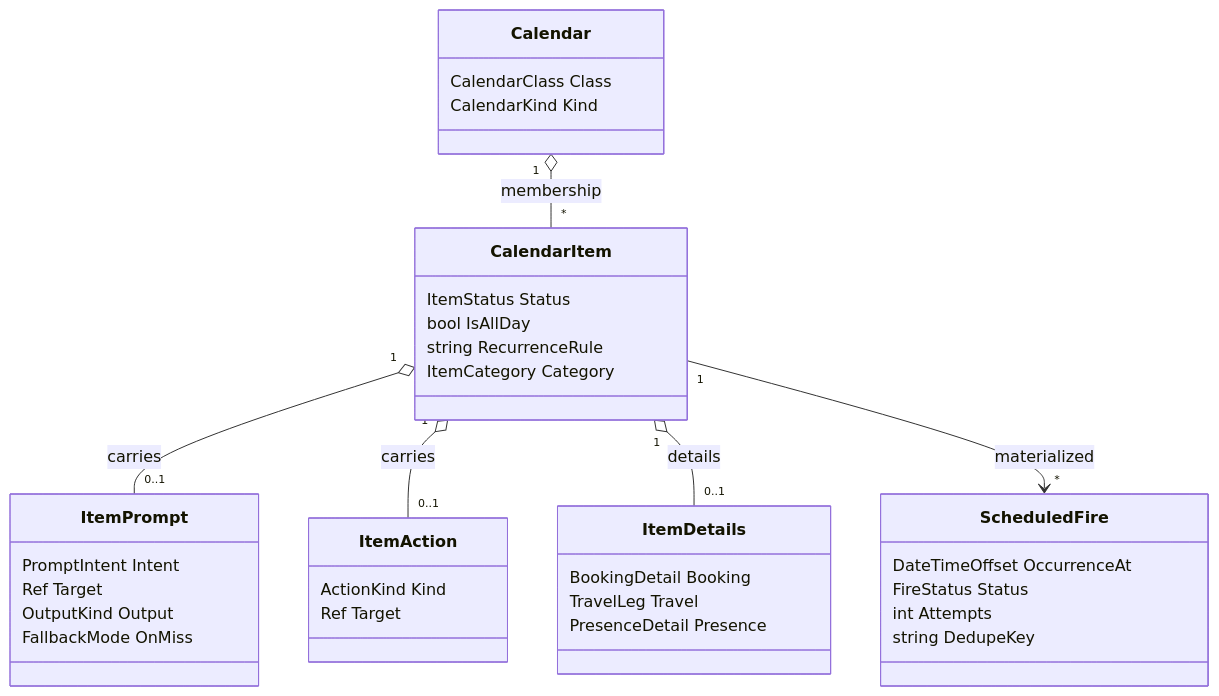
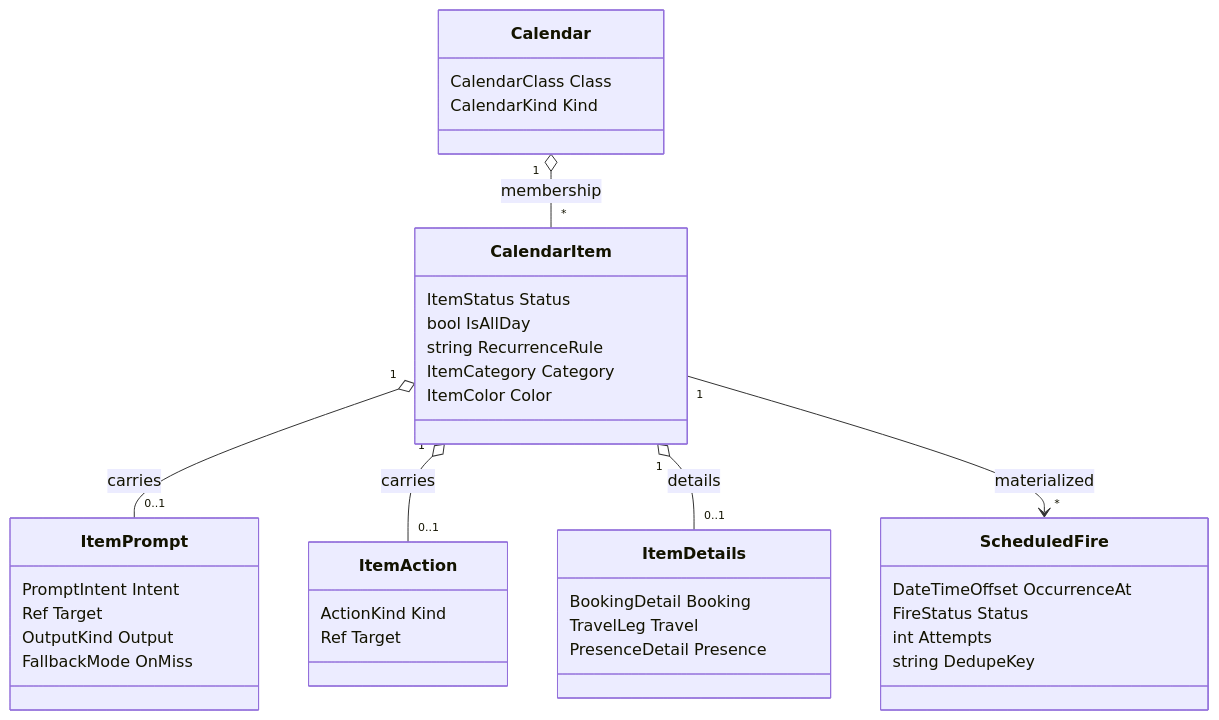
The first of 2 diagrams in docs/temporal-backbone.md (danbro96/LupiraCalApi), drawn with Mermaid before and after one commit. The commit also changed other lines of this file and 20 other files, not shown here.

````diff
--- a/docs/temporal-backbone.md
+++ b/docs/temporal-backbone.md
@@ -32,39 +33,40 @@
 ```mermaid
 classDiagram
   class Calendar {
     CalendarClass Class
     CalendarKind Kind
   }
   class CalendarItem {
     ItemStatus Status
     bool IsAllDay
     string RecurrenceRule
     ItemCategory Category
+    ItemColor Color
   }
   class ItemPrompt {
     PromptIntent Intent
     Ref Target
     OutputKind Output
     FallbackMode OnMiss
   }
   class ItemAction {
     ActionKind Kind
     Ref Target
   }
   class ItemDetails {
     BookingDetail Booking
     TravelLeg Travel
     PresenceDetail Presence
   }
   class ScheduledFire {
     DateTimeOffset OccurrenceAt
     FireStatus Status
     int Attempts
     string DedupeKey
   }
   Calendar "1" o-- "*" CalendarItem : membership
   CalendarItem "1" o-- "0..1" ItemPrompt : carries
   CalendarItem "1" o-- "0..1" ItemAction : carries
   CalendarItem "1" o-- "0..1" ItemDetails : details
   CalendarItem "1" --> "*" ScheduledFire : materialized
 ```
````
